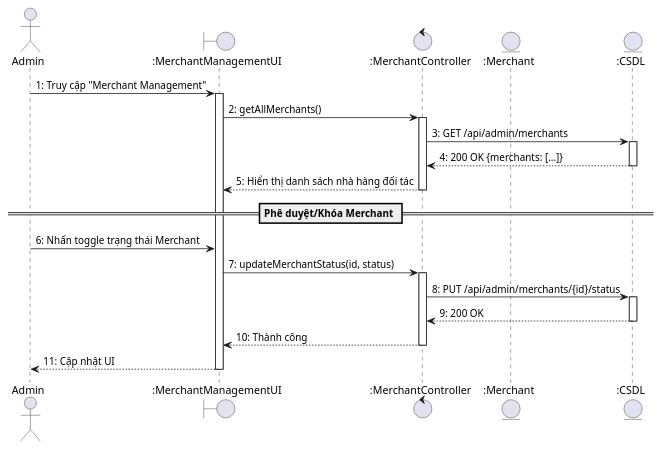
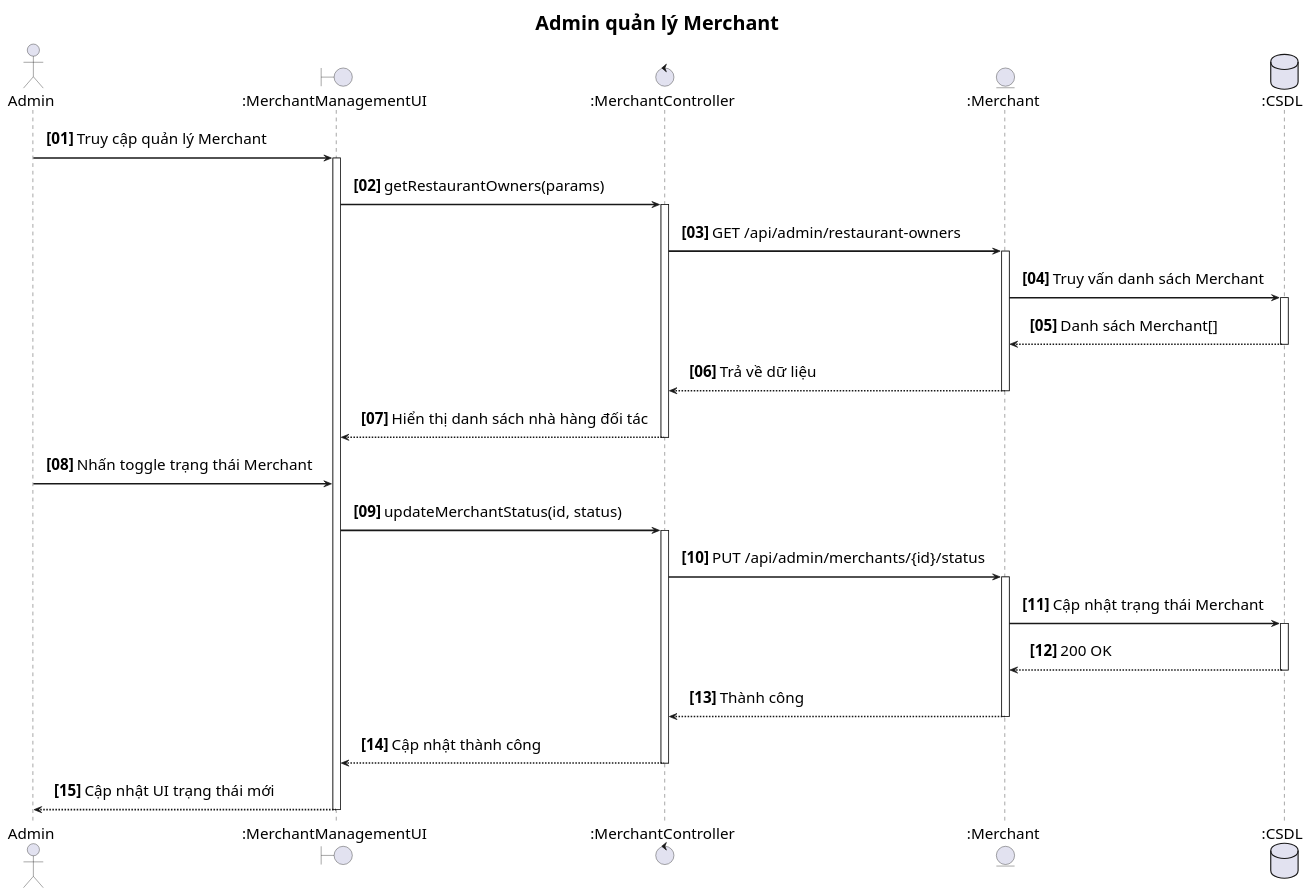
Before and after one commit to Gonztbl/DATN_FRONT-END: the diagram in front-end/src/usecaseUML/UC76_AdminQuanLyMerchant.puml, drawn with PlantUML. The commit also changed 45 other files, not shown here.

```diff
--- a/front-end/src/usecaseUML/UC76_AdminQuanLyMerchant.puml
+++ b/front-end/src/usecaseUML/UC76_AdminQuanLyMerchant.puml
@@ -1,33 +1,59 @@
 @startuml UC76_AdminQuanLyMerchant
-actor Admin
+title Admin quản lý Merchant
+
+autonumber "<b>[00]</b>"
+skinparam sequenceArrowThickness 2
+skinparam roundcorner 10
+skinparam defaultFontSize 20
+skinparam titleFontSize 26
+skinparam sequenceFontSize 19
+skinparam sequenceMessageFontSize 20
+skinparam sequenceActorFontSize 20
+skinparam sequenceParticipantFontSize 20
+skinparam noteFontSize 18
+skinparam sequenceArrowFontSize 20
+skinparam sequence {
+    ParticipantPadding 30
+    LifeLinePadding 20
+    MessagePadding 10
+}
+
+actor "Admin" as Admin
 boundary ":MerchantManagementUI" as UI
 control ":MerchantController" as CTRL
 entity ":Merchant" as ENT
-entity ":CSDL" as DB
+database ":CSDL" as DB
 
-Admin -> UI : 1: Truy cập "Merchant Management"
+Admin -> UI : Truy cập quản lý Merchant
 activate UI
 
-UI -> CTRL : 2: getAllMerchants()
+UI -> CTRL : getRestaurantOwners(params)
 activate CTRL
-CTRL -> DB : 3: GET /api/admin/merchants
+CTRL -> ENT : GET /api/admin/restaurant-owners
+activate ENT
+ENT -> DB : Truy vấn danh sách Merchant
 activate DB
-DB --> CTRL : 4: 200 OK {merchants: [...]}
+DB --> ENT : Danh sách Merchant[]
 deactivate DB
-CTRL --> UI : 5: Hiển thị danh sách nhà hàng đối tác
+ENT --> CTRL : Trả về dữ liệu
+deactivate ENT
+CTRL --> UI : Hiển thị danh sách nhà hàng đối tác
 deactivate CTRL
 
-== Phê duyệt/Khóa Merchant ==
-Admin -> UI : 6: Nhấn toggle trạng thái Merchant
-UI -> CTRL : 7: updateMerchantStatus(id, status)
+Admin -> UI : Nhấn toggle trạng thái Merchant
+UI -> CTRL : updateMerchantStatus(id, status)
 activate CTRL
-CTRL -> DB : 8: PUT /api/admin/merchants/{id}/status
+CTRL -> ENT : PUT /api/admin/merchants/{id}/status
+activate ENT
+ENT -> DB : Cập nhật trạng thái Merchant
 activate DB
-DB --> CTRL : 9: 200 OK
+DB --> ENT : 200 OK
 deactivate DB
-CTRL --> UI : 10: Thành công
+ENT --> CTRL : Thành công
+deactivate ENT
+CTRL --> UI : Cập nhật thành công
 deactivate CTRL
-UI --> Admin : 11: Cập nhật UI
+UI --> Admin : Cập nhật UI trạng thái mới
 
 deactivate UI
 @enduml
```
